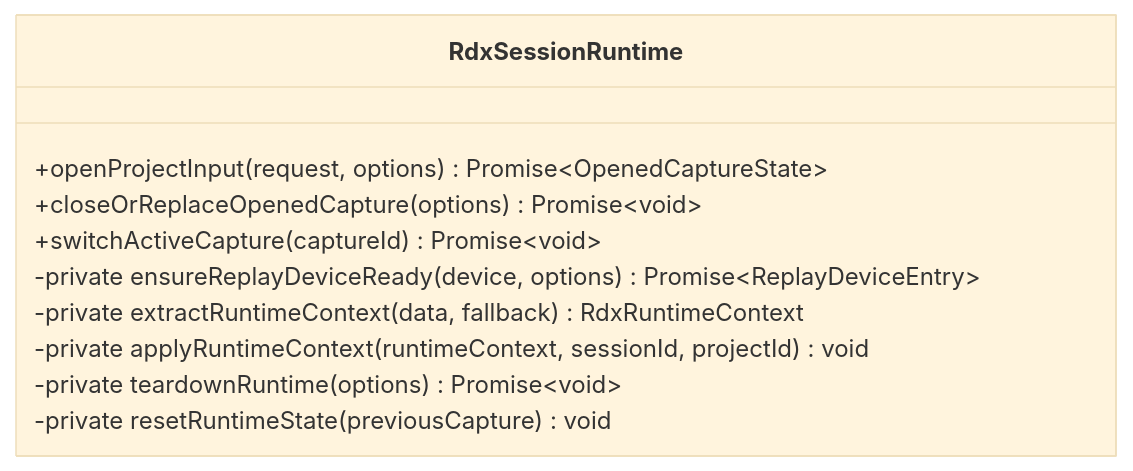
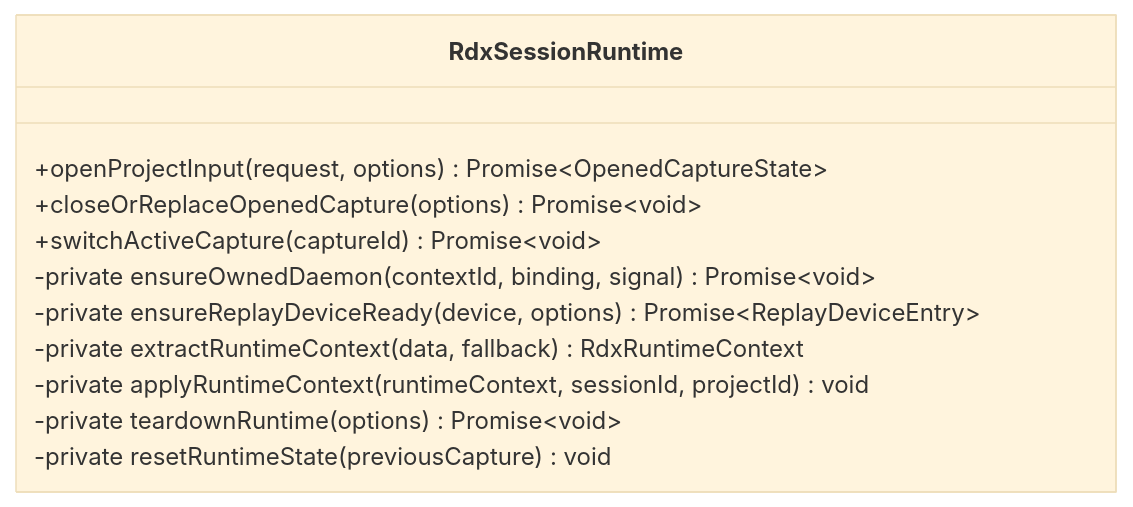
One commit to haolange/RDC-Agent changed the fourth of 7 diagrams in .qoder/repowiki/zh/content/核心模块/会话管理系统/会话生命周期管理.md. Above: the diagram before and after it, drawn with Mermaid (base theme). The commit also changed other lines of this file and 28 other files, not shown here.

````diff
--- a/.qoder/repowiki/zh/content/核心模块/会话管理系统/会话生命周期管理.md
+++ b/.qoder/repowiki/zh/content/核心模块/会话管理系统/会话生命周期管理.md
@@ -187,13 +207,14 @@
 ```mermaid
 classDiagram
 class RdxSessionRuntime {
 +openProjectInput(request, options) Promise~OpenedCaptureState~
 +closeOrReplaceOpenedCapture(options) Promise~void~
 +switchActiveCapture(captureId) Promise~void~
+-private ensureOwnedDaemon(contextId, binding, signal) Promise~void~
 -private ensureReplayDeviceReady(device, options) Promise~ReplayDeviceEntry~
 -private extractRuntimeContext(data, fallback) RdxRuntimeContext
 -private applyRuntimeContext(runtimeContext, sessionId, projectId) void
 -private teardownRuntime(options) Promise~void~
 -private resetRuntimeState(previousCapture) void
 }
 ```
````
